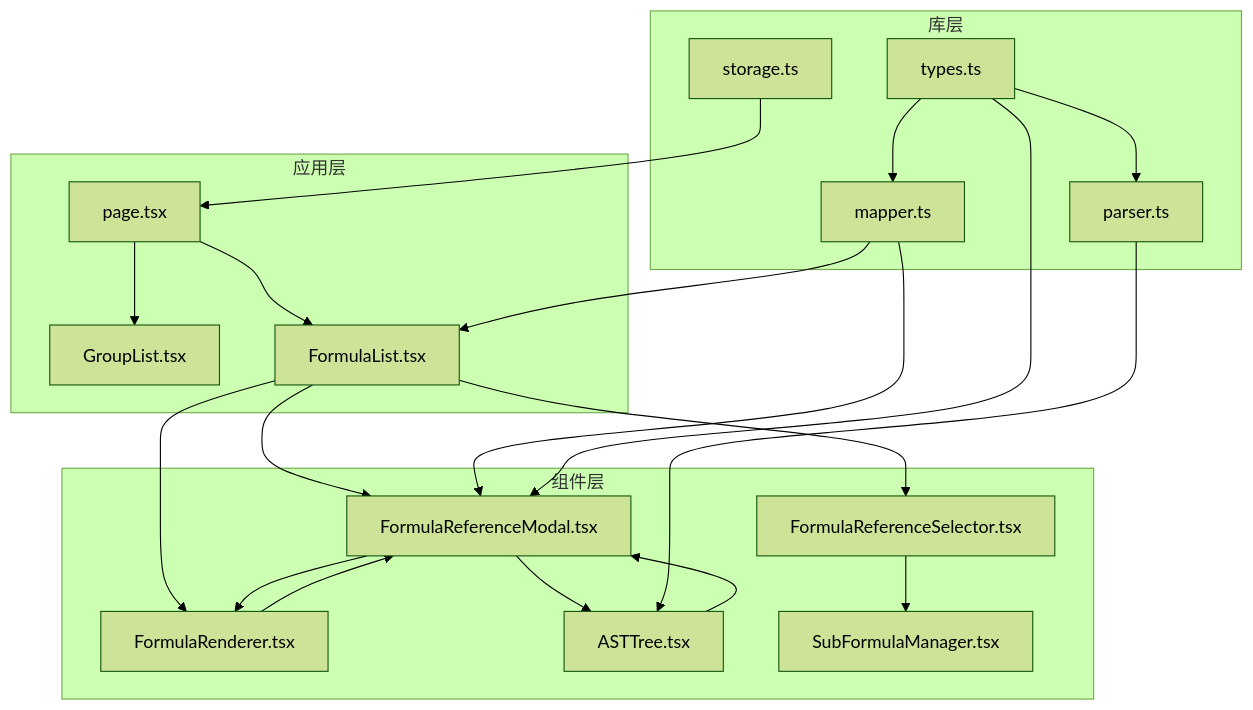
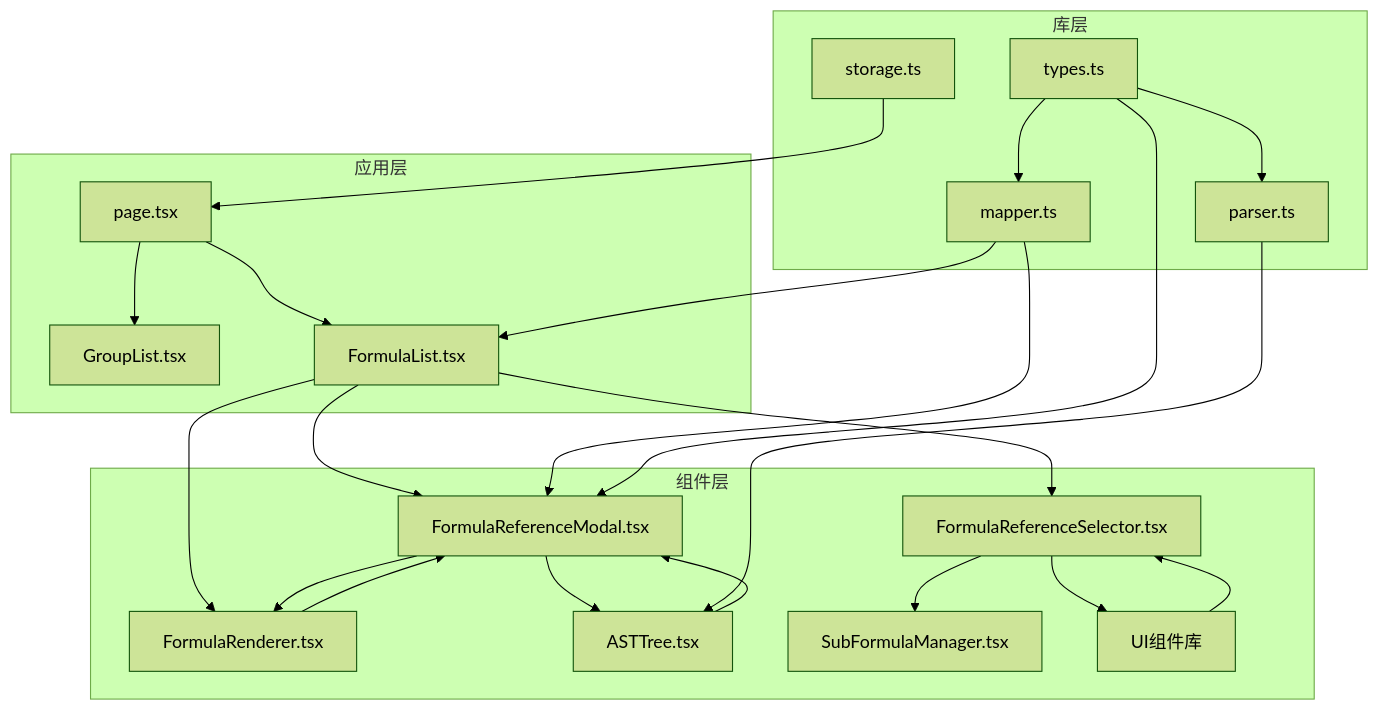
One commit to steveyu2/formula-mapper changed the first of 8 diagrams in .qoder/repowiki/zh/content/用户指南/高级功能/公式引用选择器.md. Above: the diagram before and after it, drawn with Mermaid (forest theme). The commit also changed other lines of this file and 14 other files, not shown here.

````diff
--- a/.qoder/repowiki/zh/content/用户指南/高级功能/公式引用选择器.md
+++ b/.qoder/repowiki/zh/content/用户指南/高级功能/公式引用选择器.md
@@ -42,38 +53,41 @@
 ```mermaid
 graph TB
 subgraph "应用层"
 Page[page.tsx]
 GroupList[GroupList.tsx]
 FormulaList[FormulaList.tsx]
 end
 subgraph "组件层"
 Selector[FormulaReferenceSelector.tsx]
 Modal[FormulaReferenceModal.tsx]
 Renderer[FormulaRenderer.tsx]
 AST[ASTTree.tsx]
 SubManager[SubFormulaManager.tsx]
+UI[UI组件库]
 end
 subgraph "库层"
 Parser[parser.ts]
 Mapper[mapper.ts]
 Storage[storage.ts]
 Types[types.ts]
 end
 Page --> GroupList
 Page --> FormulaList
 FormulaList --> Modal
 FormulaList --> Renderer
 Modal --> Renderer
 Modal --> AST
 FormulaList --> Selector
 Selector --> SubManager
+Selector --> UI
 Renderer --> Modal
 AST --> Modal
 Parser --> AST
 Mapper --> FormulaList
 Mapper --> Modal
 Storage --> Page
 Types --> Parser
 Types --> Mapper
 Types --> Modal
+UI --> Selector
 ```
````
